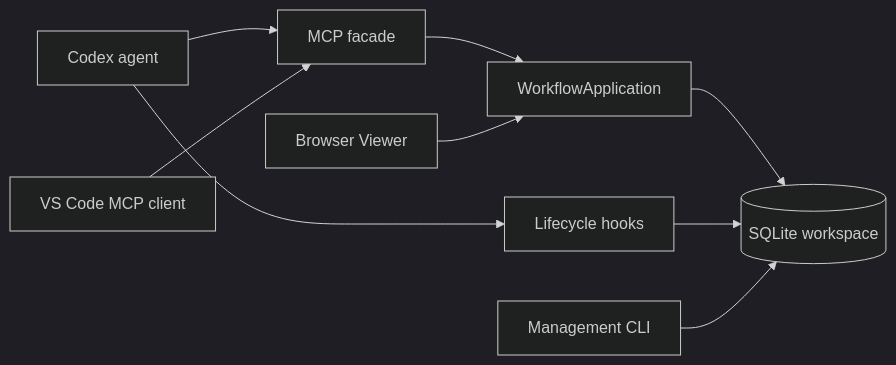
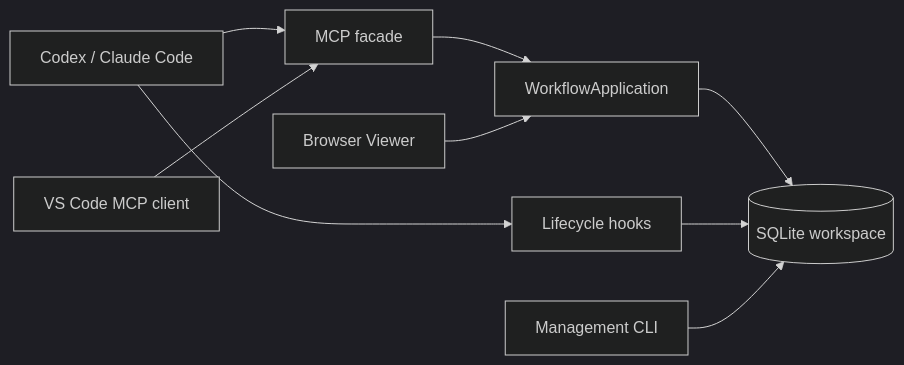
Before and after one commit to qkdxorjs1002/tapl: the diagram in docs/development/architecture.md, drawn with Mermaid (dark theme). The commit also changed other lines of this file and 43 other files, not shown here.

Commit message:
docs: present Codex and Claude Code support throughout guides

````diff
--- a/docs/development/architecture.md
+++ b/docs/development/architecture.md
@@ -34,11 +35,11 @@
 ```mermaid
 flowchart LR
-  Agent[Codex agent] --> MCP[MCP facade]
+  Agent[Codex / Claude Code] --> MCP[MCP facade]
   Agent --> Hook[Lifecycle hooks]
   MCP --> App[WorkflowApplication]
   Browser[Browser Viewer] --> App
   Editor[VS Code MCP client] --> MCP
   App --> DB[(SQLite workspace)]
   Hook --> DB
   CLI[Management CLI] --> DB
 ```
````
